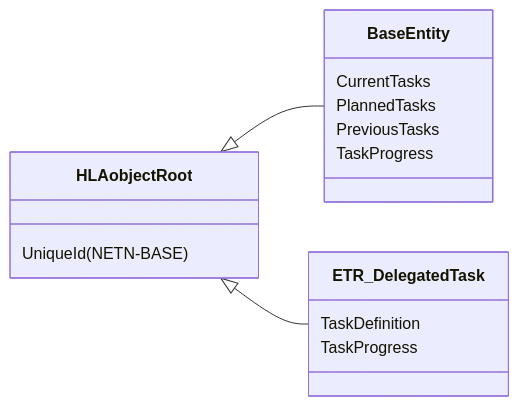
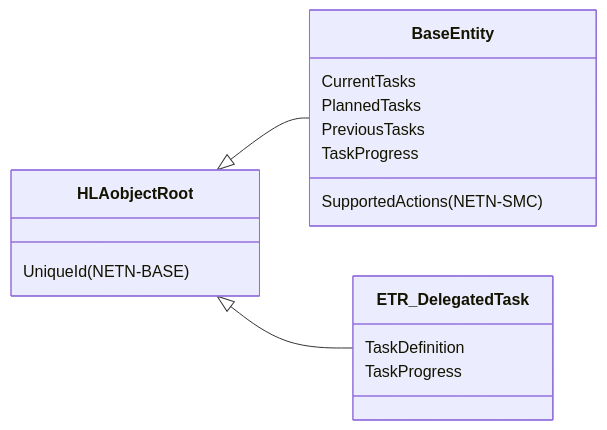
One commit to AMSP-04/NETN-ETR changed the fifth of 6 diagrams in NETN-ETR.md. Above: the diagram before and after it, drawn with Mermaid. The commit also changed other lines of this file and 2 other files, not shown here.

Commit message:
Diagrams

````diff
--- a/NETN-ETR.md
+++ b/NETN-ETR.md
@@ -66,14 +183,15 @@
 ```mermaid
 classDiagram 
 direction LR
 
 HLAobjectRoot <|-- BaseEntity
 HLAobjectRoot <|-- ETR_DelegatedTask
 HLAobjectRoot : UniqueId(NETN-BASE)
 BaseEntity : CurrentTasks
 BaseEntity : PlannedTasks
 BaseEntity : PreviousTasks
 BaseEntity : TaskProgress
+BaseEntity : SupportedActions(NETN-SMC)
 ETR_DelegatedTask : TaskDefinition
 ETR_DelegatedTask : TaskProgress
 ```
````
